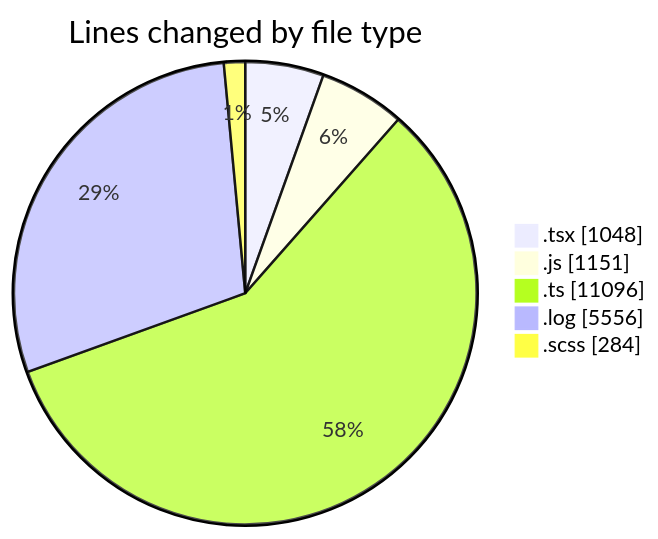
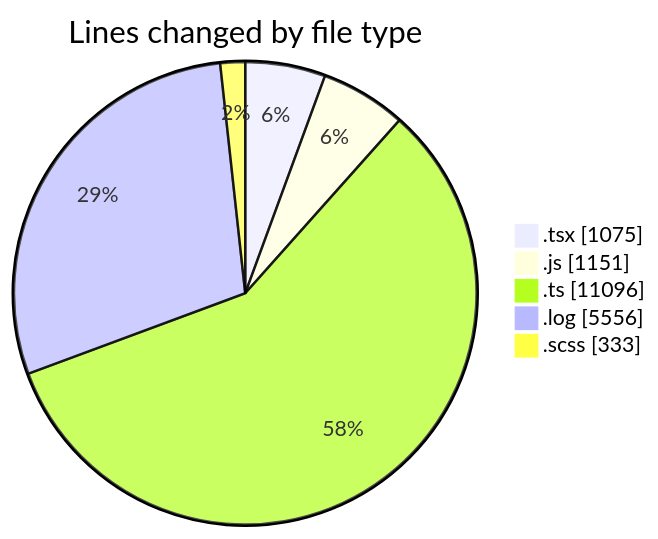
Before and after one commit to momahboobian/code-tracking: the first of 2 diagrams in 2026-04-09/cda/README.md, drawn with Mermaid. The commit also changed other lines of this file and 1 other file, not shown here.

````diff
--- a/2026-04-09/cda/README.md
+++ b/2026-04-09/cda/README.md
@@ -32,9 +32,9 @@
 ```mermaid
 pie showData
 title Lines changed by file type
-".tsx" : 1048
+".tsx" : 1075
 ".js" : 1151
 ".ts" : 11096
 ".log" : 5556
-".scss" : 284
+".scss" : 333
 ```
````
